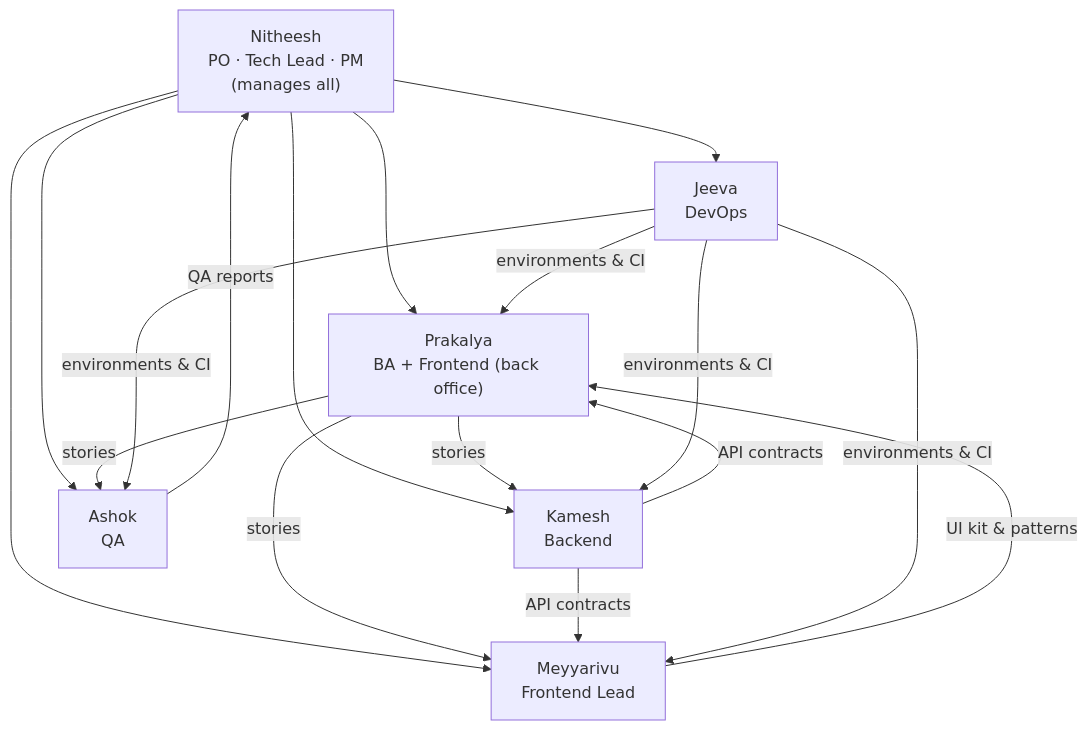
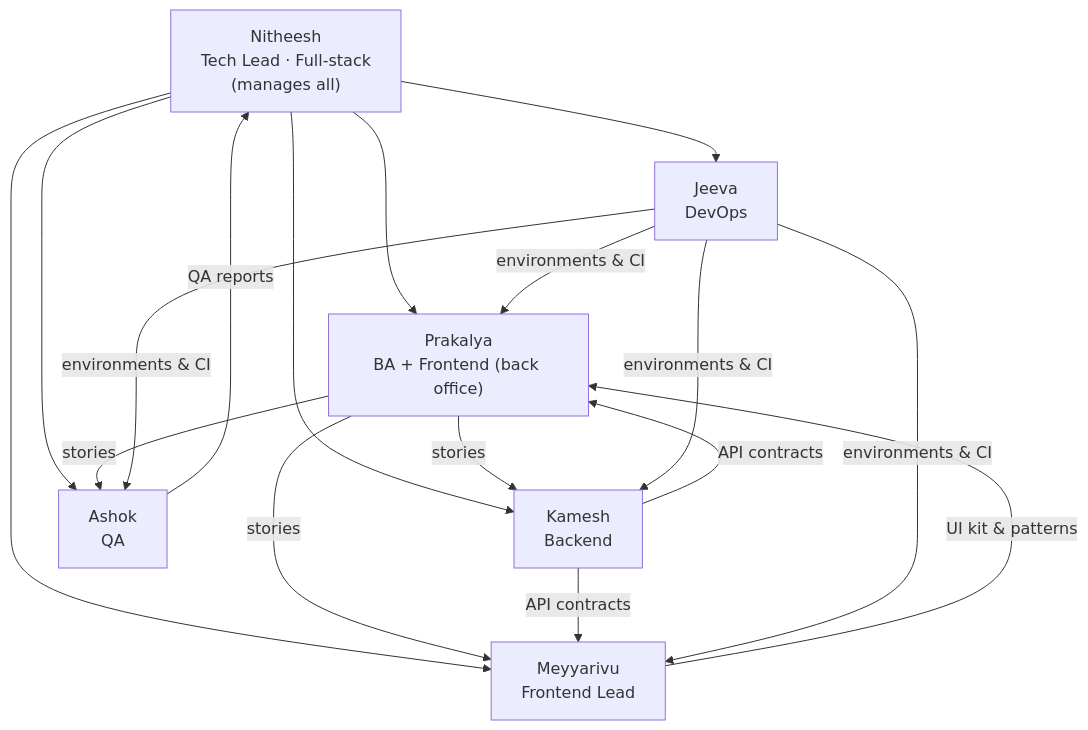
Before and after one commit to Setups-Works/medical-erp: the diagram in docs/team/TEAM_AND_OWNERSHIP.md, drawn with Mermaid. The commit also changed 9 other files, not shown here.

````diff
--- a/docs/team/TEAM_AND_OWNERSHIP.md
+++ b/docs/team/TEAM_AND_OWNERSHIP.md
@@ -5,15 +5,15 @@
 ```mermaid
 flowchart TB
-    N["Nitheesh<br/>PO · Tech Lead · PM<br/>(manages all)"]
+    N["Nitheesh<br/>Tech Lead · Full-stack<br/>(manages all)"]
     P["Prakalya<br/>BA + Frontend (back office)"]
     K["Kamesh<br/>Backend"]
     M["Meyyarivu<br/>Frontend Lead"]
     A["Ashok<br/>QA"]
     J["Jeeva<br/>DevOps"]
     N --> P & K & M & A & J
     P -- stories --> K & M & A
     K -- API contracts --> M & P
     M -- UI kit & patterns --> P
     A -- QA reports --> N
     J -- environments & CI --> K & M & P & A
 ```
````
